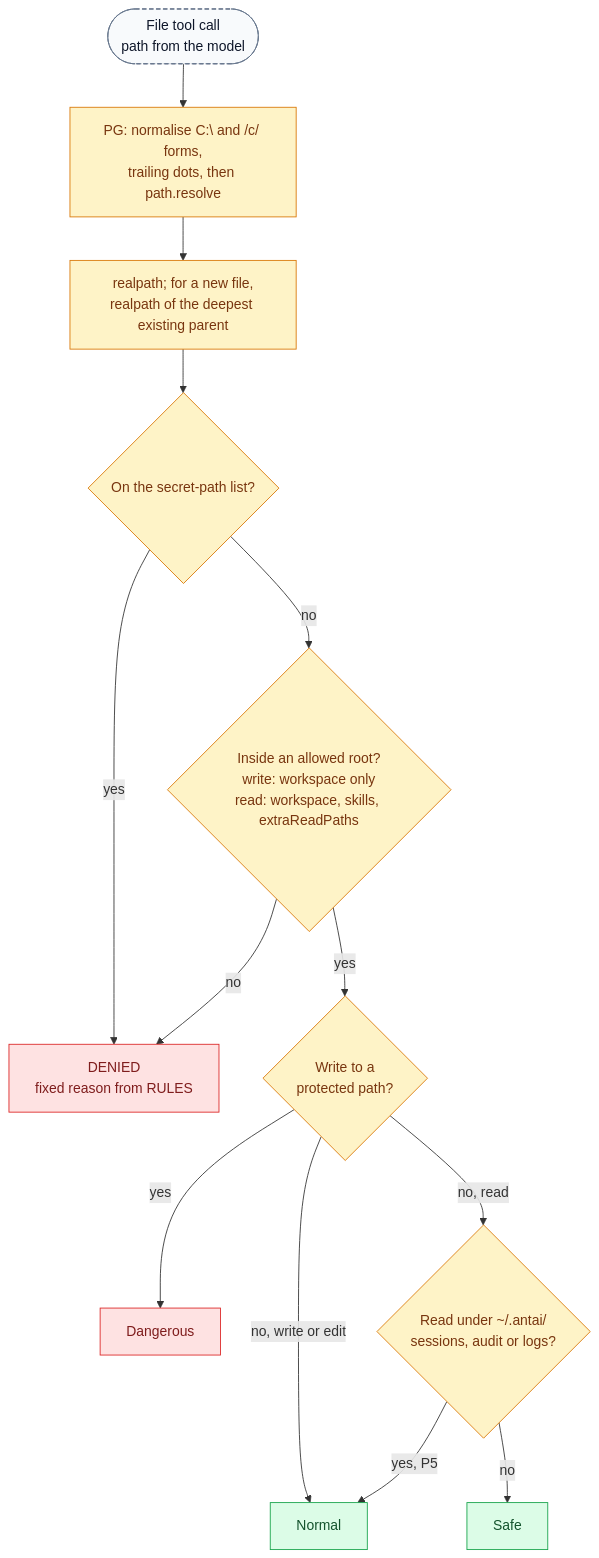
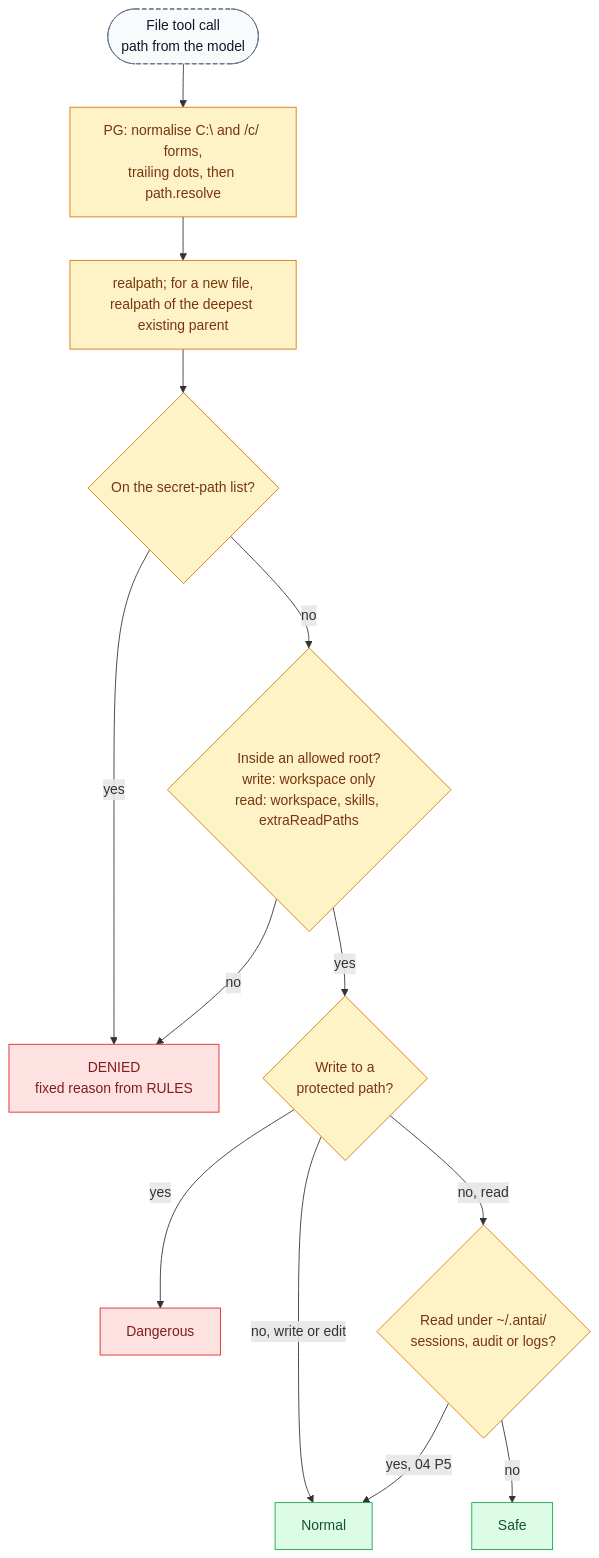
One commit to Dakshnagpal/antai-agent changed the second of 8 diagrams in docs/Deliverables/02_security_authorization_design.md. Above: the diagram before and after it, drawn with Mermaid. The commit also changed other lines of this file and 18 other files, not shown here.

````diff
--- a/docs/Deliverables/02_security_authorization_design.md
+++ b/docs/Deliverables/02_security_authorization_design.md
@@ -291,32 +294,32 @@
 ```mermaid
 flowchart TB
     IN(["File tool call<br/>path from the model"])
     N["PG: normalise C:\ and /c/ forms,<br/>trailing dots, then path.resolve"]
     RP["realpath; for a new file,<br/>realpath of the deepest existing parent"]
     SEC{"On the secret-path list?"}
     ROOT{"Inside an allowed root?<br/>write: workspace only<br/>read: workspace, skills, extraReadPaths"}
     PROT{"Write to a<br/>protected path?"}
     HIST{"Read under ~/.antai/<br/>sessions, audit or logs?"}
     DENY["DENIED<br/>fixed reason from RULES"]
     S["Safe"]
     NO["Normal"]
     DA["Dangerous"]
     IN --> N --> RP --> SEC
     SEC -- yes --> DENY
     SEC -- no --> ROOT
     ROOT -- no --> DENY
     ROOT -- yes --> PROT
     PROT -- yes --> DA
     PROT -- "no, write or edit" --> NO
     PROT -- "no, read" --> HIST
-    HIST -- "yes, P5" --> NO
+    HIST -- "yes, 04 P5" --> NO
     HIST -- no --> S
     classDef safety fill:#fee2e2,stroke:#dc2626,color:#7f1d1d
     classDef core fill:#dcfce7,stroke:#16a34a,color:#14532d
     classDef infra fill:#fef3c7,stroke:#d97706,color:#78350f
     classDef ext fill:#f8fafc,stroke:#64748b,color:#0f172a,stroke-dasharray:5 3
     class DENY,DA safety
     class S,NO core
     class SEC,ROOT,PROT,HIST,N,RP infra
     class IN ext
 ```
````
